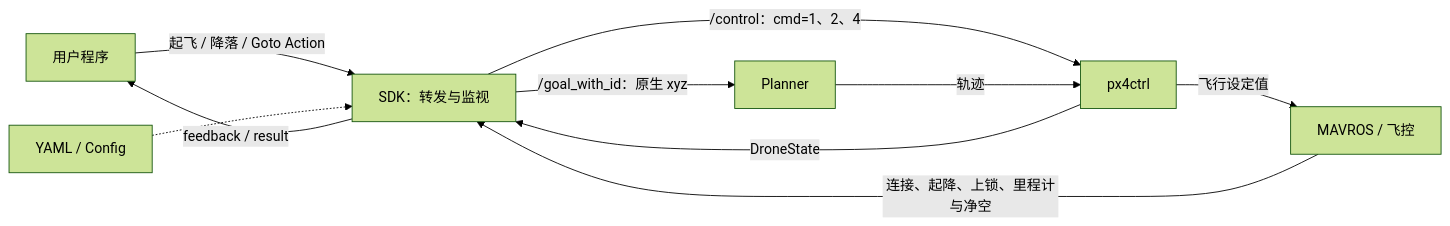
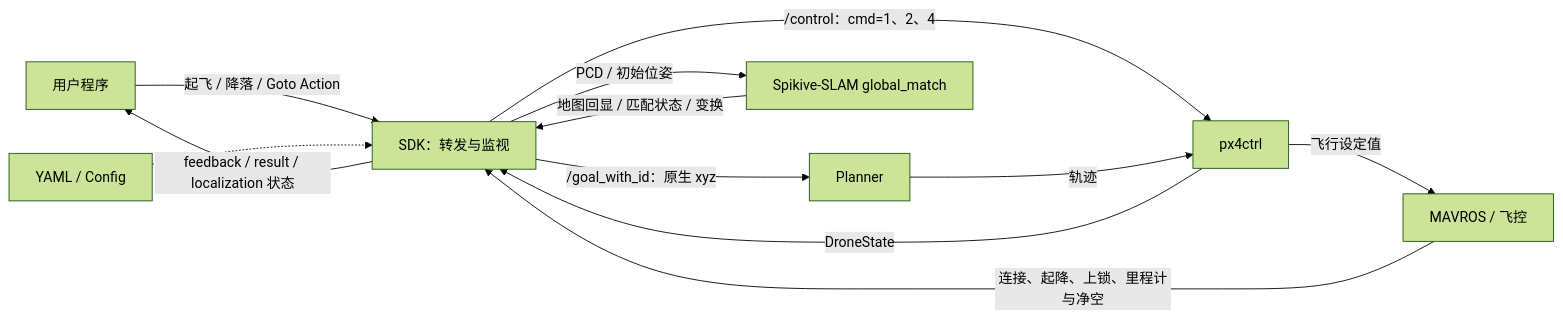
One commit to QGDuan/Spikive-Control-SDK changed the diagram in README.md. Above: the diagram before and after it, drawn with Mermaid (forest theme). The commit also changed other lines of this file and 19 other files, not shown here.

````diff
--- a/README.md
+++ b/README.md
@@ -13,12 +15,14 @@
 ```mermaid
 flowchart LR
   U[用户程序] -->|起飞 / 降落 / Goto Action| S[SDK：转发与监视]
   C[YAML / Config] -.-> S
   S -->|/control：cmd=1、2、4| P[px4ctrl]
   S -->|/goal_with_id：原生 xyz| G[Planner]
   G -->|轨迹| P
   P -->|飞行设定值| M[MAVROS / 飞控]
   P -->|DroneState| S
   M -->|连接、起降、上锁、里程计与净空| S
-  S -->|feedback / result| U
+  S -->|PCD / 初始位姿| L[Spikive-SLAM global_match]
+  L -->|地图回显 / 匹配状态 / 变换| S
+  S -->|feedback / result / localization 状态| U
 ```
````
